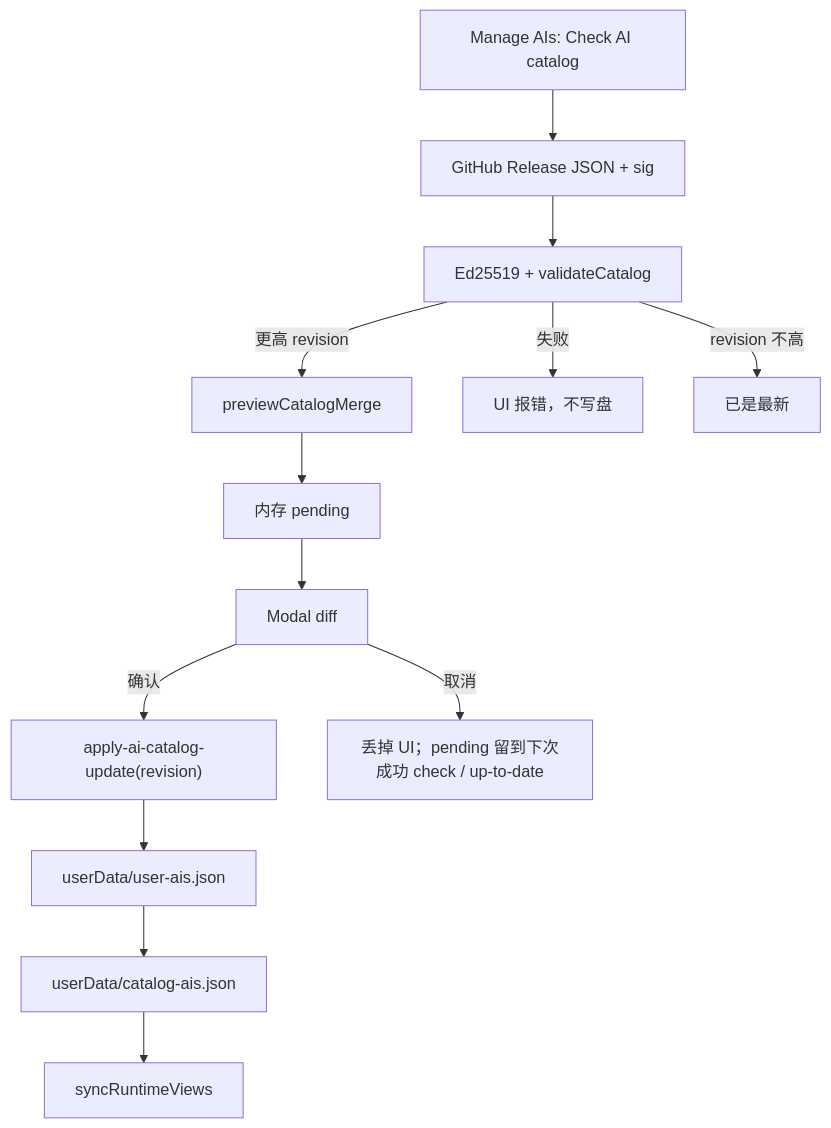
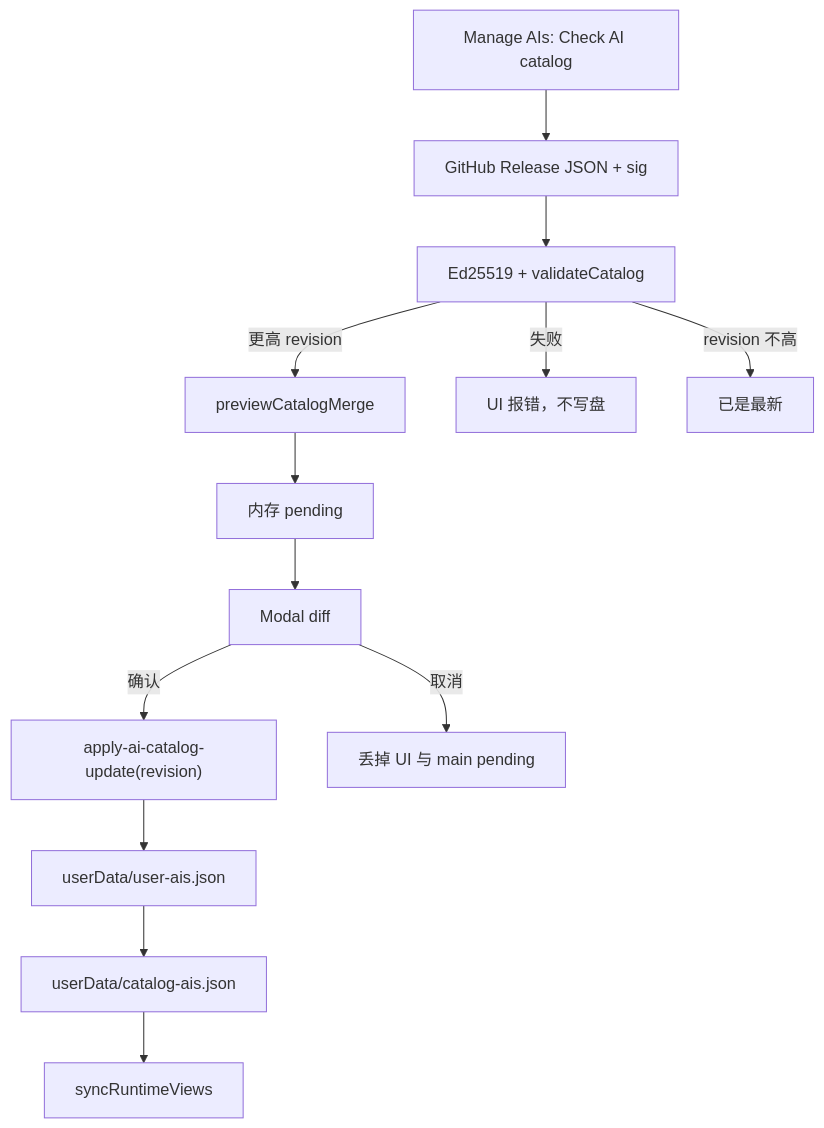
The diagram in projects/ChatAIO/docs/features/ai-catalog-manual-update.md (Kane-Kuroneko/electron-reaxes-react), drawn with Mermaid before and after one commit. The commit also changed other lines of this file and 23 other files, not shown here.

````diff
--- a/projects/ChatAIO/docs/features/ai-catalog-manual-update.md
+++ b/projects/ChatAIO/docs/features/ai-catalog-manual-update.md
@@ -19,21 +23,21 @@
 ```mermaid
 flowchart TD
   btn["Manage AIs: Check AI catalog"]
   fetch["GitHub Release JSON + sig"]
   verify["Ed25519 + validateCatalog"]
   preview["previewCatalogMerge"]
   pending["内存 pending"]
   modal["Modal diff"]
   apply["apply-ai-catalog-update(revision)"]
   cache["userData/catalog-ais.json"]
   user["userData/user-ais.json"]
   sync["syncRuntimeViews"]
 
   btn --> fetch --> verify
   verify -->|失败| err["UI 报错，不写盘"]
   verify -->|revision 不高| uptodate["已是最新"]
   verify -->|更高 revision| preview --> pending --> modal
   modal -->|确认| apply
   apply --> user --> cache --> sync
-  modal -->|取消| keep["丢掉 UI；pending 留到下次成功 check / up-to-date"]
+  modal -->|取消| drop["丢掉 UI 与 main pending"]
 ```
````
